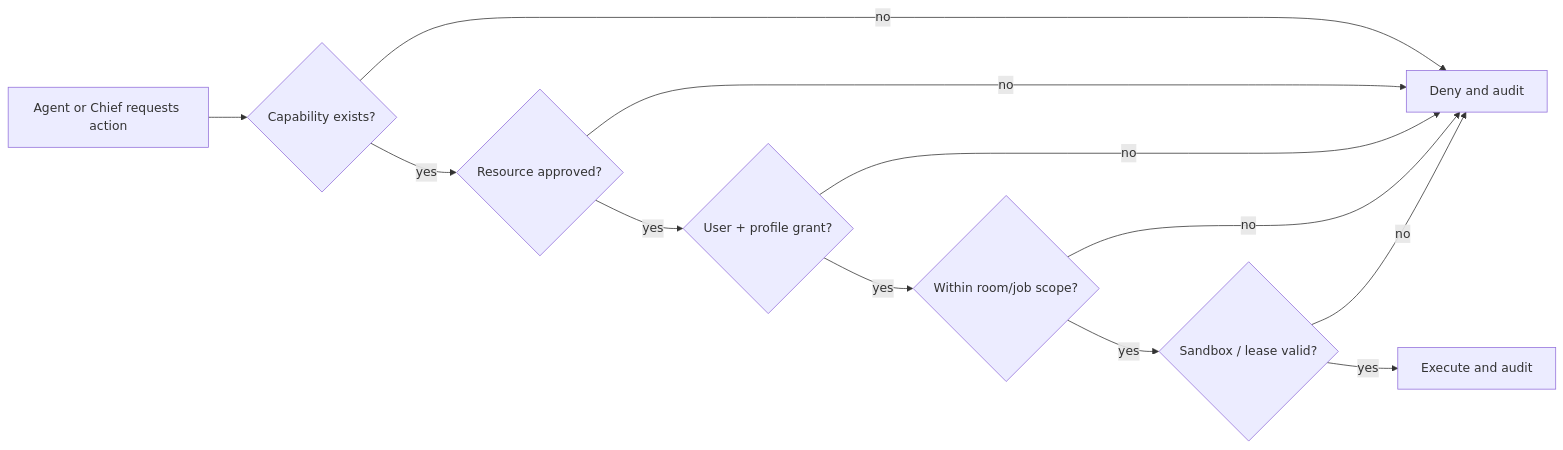
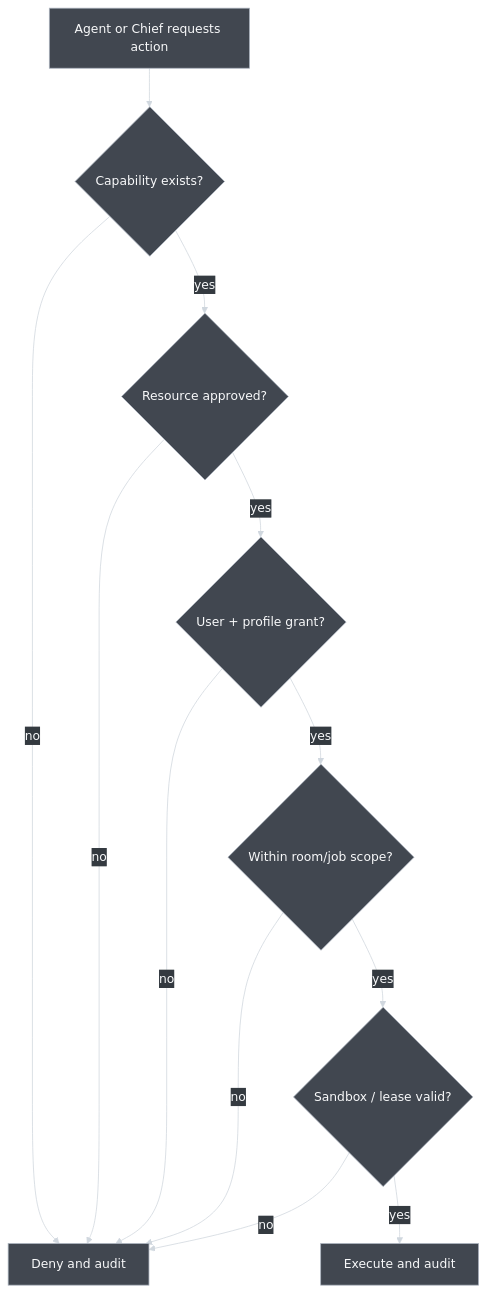
The second of 6 diagrams in architecture.md (nsnguyen/ai-stock-forum), drawn with Mermaid before and after one commit. The commit also changed other lines of this file and 1 other file, not shown here.

````diff
--- a/architecture.md
+++ b/architecture.md
@@ -216,14 +272,36 @@
 ```mermaid
-flowchart LR
+---
+config:
+  theme: base
+  themeCSS: "svg { background-color: #2B2F36 !important; }"
+  themeVariables:
+    darkMode: true
+    background: "#2B2F36"
+    primaryColor: "#414750"
+    primaryTextColor: "#F8F9FA"
+    primaryBorderColor: "#AAB2BD"
+    secondaryColor: "#343A40"
+    secondaryTextColor: "#F8F9FA"
+    secondaryBorderColor: "#9AA4AF"
+    tertiaryColor: "#4B525C"
+    tertiaryTextColor: "#FFFFFF"
+    tertiaryBorderColor: "#C5CCD3"
+    lineColor: "#D0D7DE"
+    textColor: "#F8F9FA"
+    edgeLabelBackground: "#343A40"
+    clusterBkg: "#30353C"
+    clusterBorder: "#8C959F"
+---
+flowchart TB
     Request["Agent or Chief requests action"] --> Compiled{"Capability exists?"}
     Compiled -->|no| Deny["Deny and audit"]
     Compiled -->|yes| Approved{"Resource approved?"}
     Approved -->|no| Deny
     Approved -->|yes| Granted{"User + profile grant?"}
     Granted -->|no| Deny
     Granted -->|yes| Scoped{"Within room/job scope?"}
     Scoped -->|no| Deny
     Scoped -->|yes| Sandbox{"Sandbox / lease valid?"}
     Sandbox -->|no| Deny
     Sandbox -->|yes| Execute["Execute and audit"]
 ```
````
